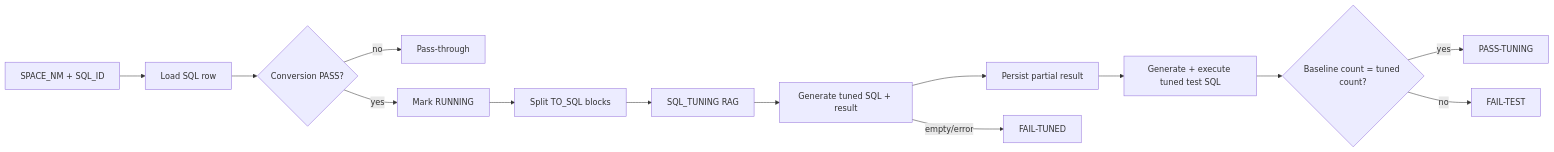
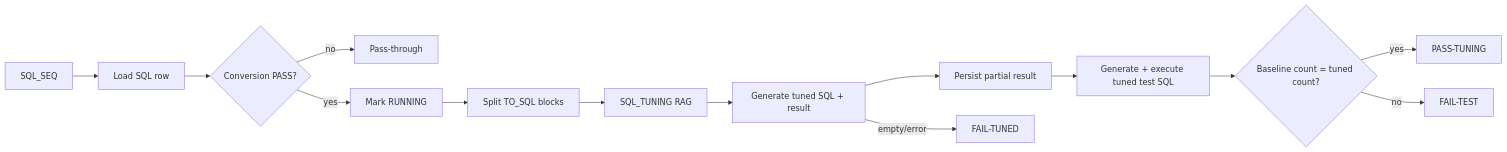
One commit to seongikjin227-jpg/refactoring_smartMigrate changed the eighth of 11 diagrams in smartMigrate_2.0_Langflow/00_guide/00_architecture_chapter4_domain_executors.md. Above: the diagram before and after it, drawn with Mermaid. The commit also changed other lines of this file and 8 other files, not shown here.

````diff
--- a/smartMigrate_2.0_Langflow/00_guide/00_architecture_chapter4_domain_executors.md
+++ b/smartMigrate_2.0_Langflow/00_guide/00_architecture_chapter4_domain_executors.md
@@ -330,9 +330,9 @@
 ```mermaid
 flowchart LR
-    J[SPACE_NM + SQL_ID] --> LOAD[Load SQL row] --> PRE{Conversion PASS?}
+    J[SQL_SEQ] --> LOAD[Load SQL row] --> PRE{Conversion PASS?}
     PRE -->|no| THROUGH[Pass-through]
     PRE -->|yes| RUN[Mark RUNNING] --> SPLIT[Split TO_SQL blocks] --> RAG[SQL_TUNING RAG] --> TUNE[Generate tuned SQL + result] --> SAVE[Persist partial result] --> TEST[Generate + execute tuned test SQL] --> VAL{Baseline count = tuned count?}
     VAL -->|yes| PASS[PASS-TUNING]
     VAL -->|no| FTEST[FAIL-TEST]
     TUNE -->|empty/error| FTUNED[FAIL-TUNED]
 ```
````
